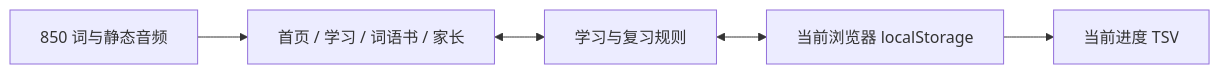
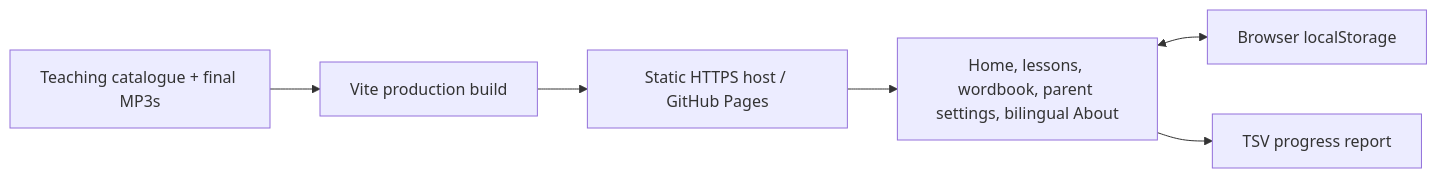
The diagram in docs/DEVELOPMENT.md (Doraemonls/LittleEnglish850), drawn with Mermaid before and after one commit. The commit also changed other lines of this file and 15 other files, not shown here.

````diff
--- a/docs/DEVELOPMENT.md
+++ b/docs/DEVELOPMENT.md
@@ -5,7 +3,8 @@
 ```mermaid
 flowchart LR
-    Assets["850 词与静态音频"] --> Pages["首页 / 学习 / 词语书 / 家长"]
-    Pages <--> Rules["学习与复习规则"]
-    Rules <--> Local["当前浏览器 localStorage"]
-    Local --> Export["当前进度 TSV"]
+    Source["Teaching catalogue + final MP3s"] --> Build["Vite production build"]
+    Build --> Site["Static HTTPS host / GitHub Pages"]
+    Site --> Browser["Home, lessons, wordbook, parent settings, bilingual About"]
+    Browser <--> Progress["Browser localStorage"]
+    Browser --> Export["TSV progress report"]
 ```
````
